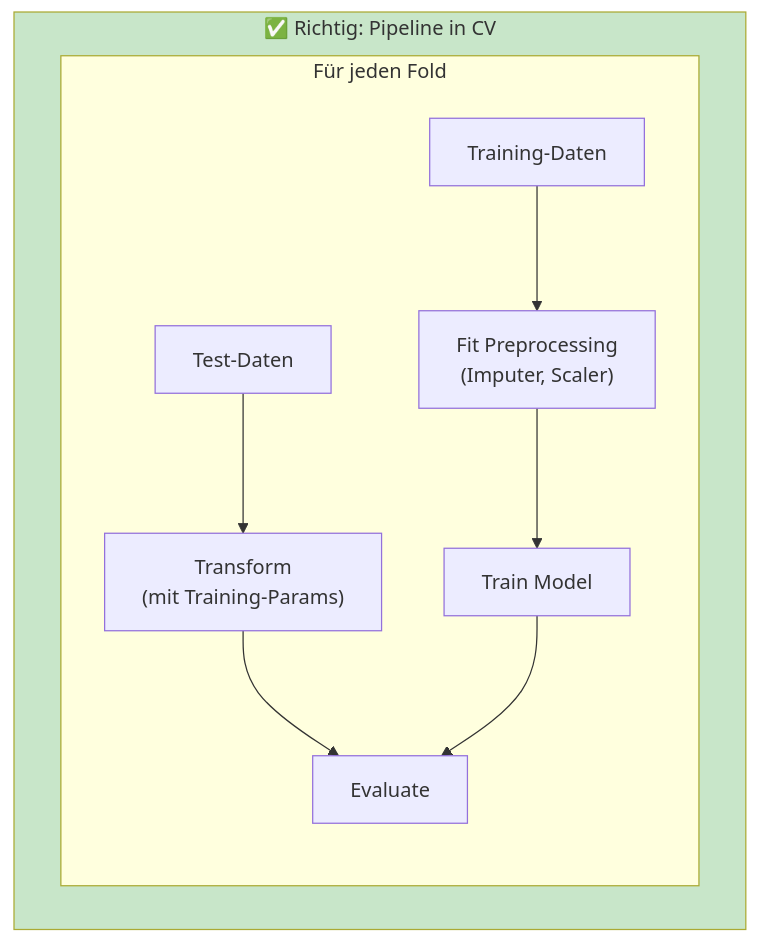
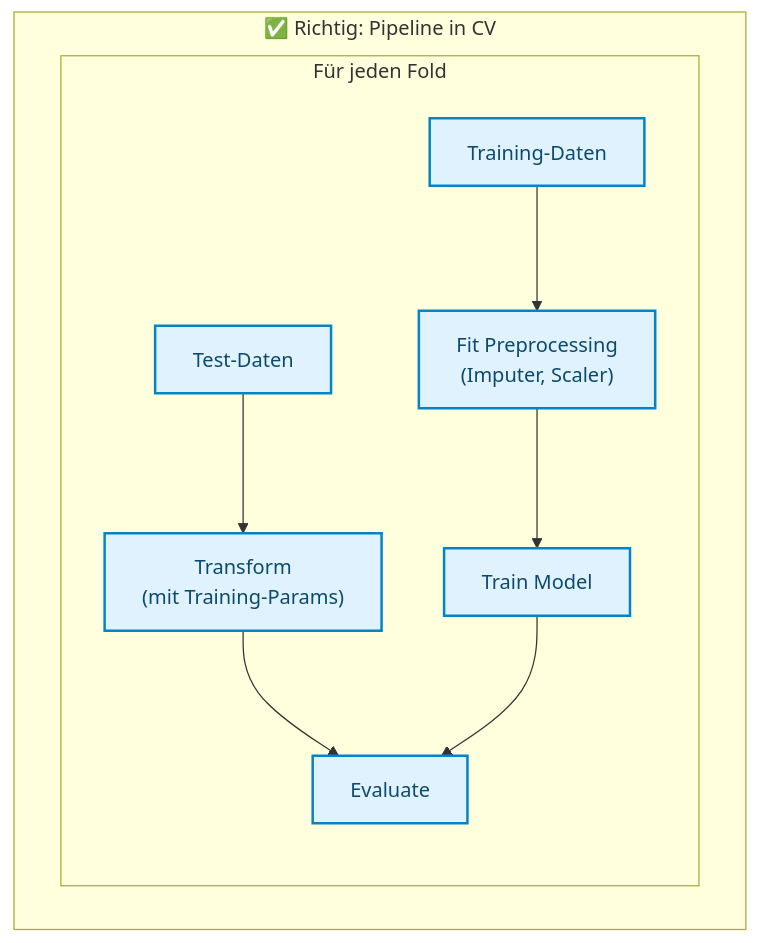
The seventh of 9 diagrams in docs/concepts/evaluate/cross_validation.md (ralf-42/ML_Intro), drawn with Mermaid before and after one commit. The commit also changed other lines of this file and 67 other files, not shown here.

````diff
--- a/docs/concepts/evaluate/cross_validation.md
+++ b/docs/concepts/evaluate/cross_validation.md
@@ -538,14 +535,14 @@
 ```mermaid
 flowchart TB
     subgraph correct["✅ Richtig: Pipeline in CV"]
         subgraph fold["Für jeden Fold"]
             TR["Training-Daten"] --> FIT["Fit Preprocessing<br/>(Imputer, Scaler)"]
             FIT --> TRAIN["Train Model"]
             TE["Test-Daten"] --> TRANS["Transform<br/>(mit Training-Params)"]
             TRANS --> EVAL["Evaluate"]
             TRAIN --> EVAL
         end
     end
-    
-    style correct fill:#c8e6c9
+
+    classDef default fill:#e0f2fe,stroke:#0284c7,stroke-width:2px,color:#0c4a6e;
 ```
````
